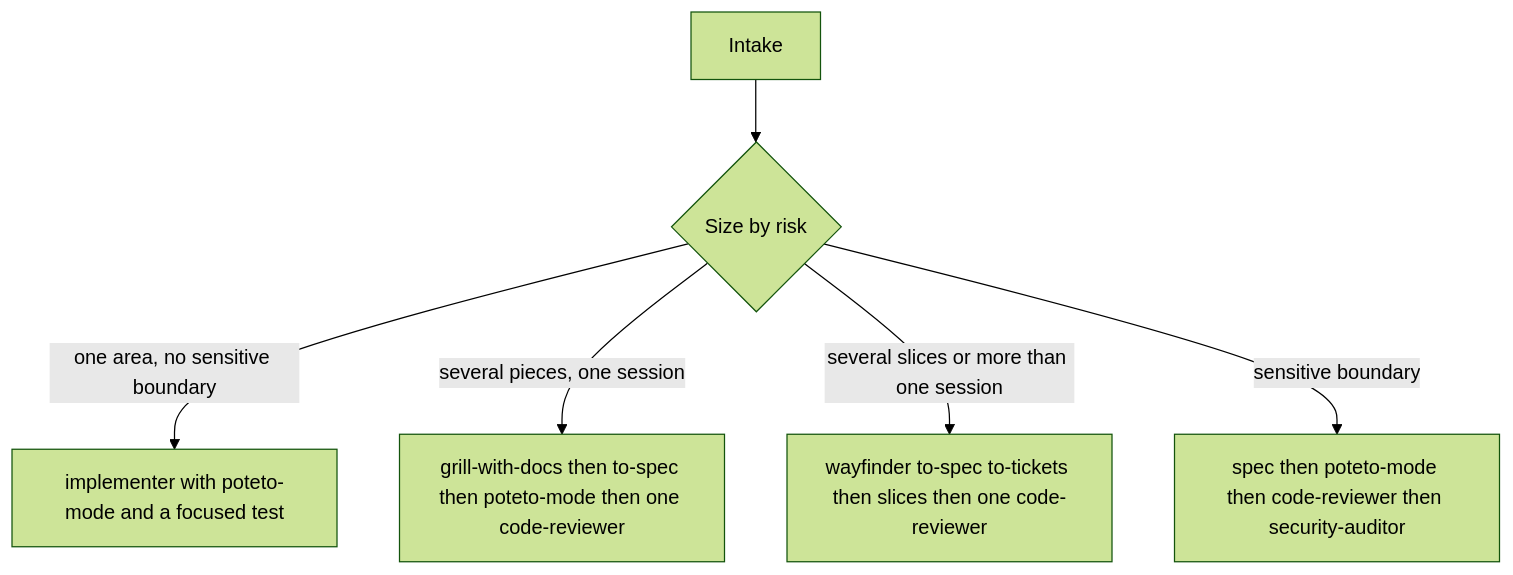
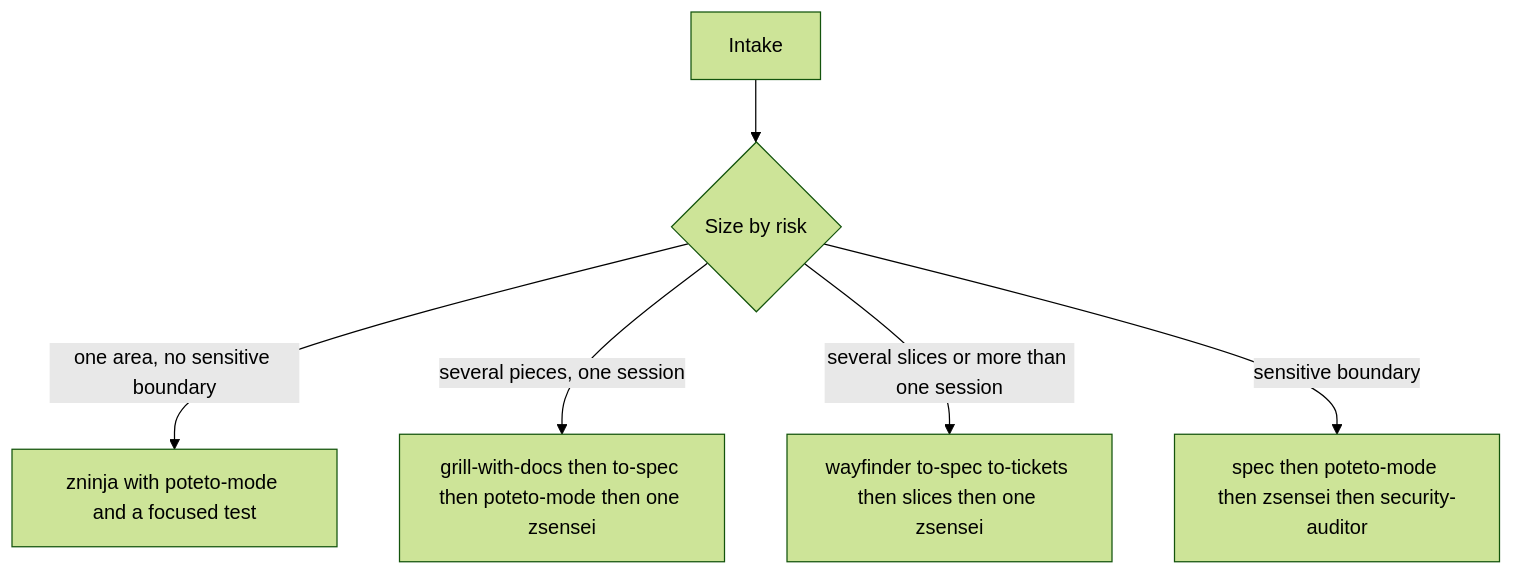
The first of 2 diagrams in docs/workflow.md (Byevenes/agent-workflow), drawn with Mermaid (forest theme) before and after one commit. The commit also changed other lines of this file and 18 other files, not shown here.

````diff
--- a/docs/workflow.md
+++ b/docs/workflow.md
@@ -13,8 +13,8 @@
 ```mermaid
 flowchart TD
   intake[Intake] --> size{Size by risk}
-  size -->|one area, no sensitive boundary| smallPath[implementer with poteto-mode and a focused test]
-  size -->|several pieces, one session| medPath[grill-with-docs then to-spec then poteto-mode then one code-reviewer]
-  size -->|several slices or more than one session| largePath[wayfinder to-spec to-tickets then slices then one code-reviewer]
-  size -->|sensitive boundary| critPath[spec then poteto-mode then code-reviewer then security-auditor]
+  size -->|one area, no sensitive boundary| smallPath[zninja with poteto-mode and a focused test]
+  size -->|several pieces, one session| medPath[grill-with-docs then to-spec then poteto-mode then one zsensei]
+  size -->|several slices or more than one session| largePath[wayfinder to-spec to-tickets then slices then one zsensei]
+  size -->|sensitive boundary| critPath[spec then poteto-mode then zsensei then security-auditor]
 ```
````
